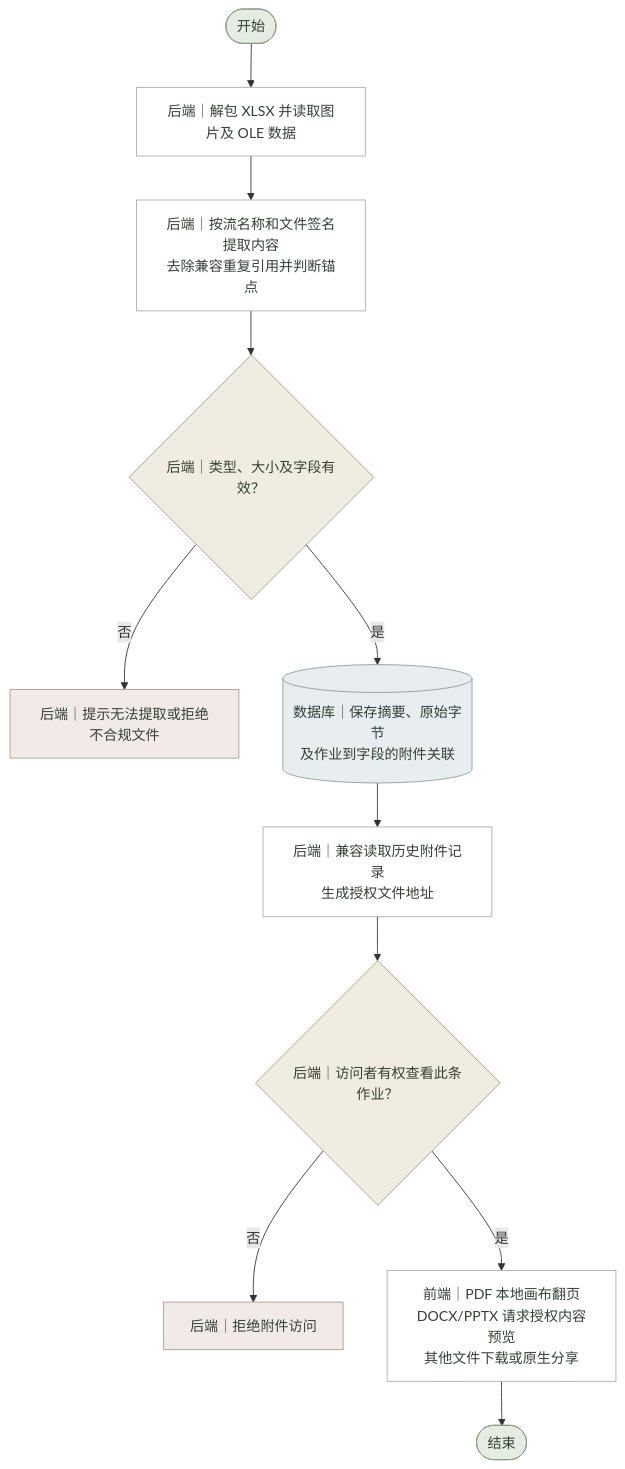
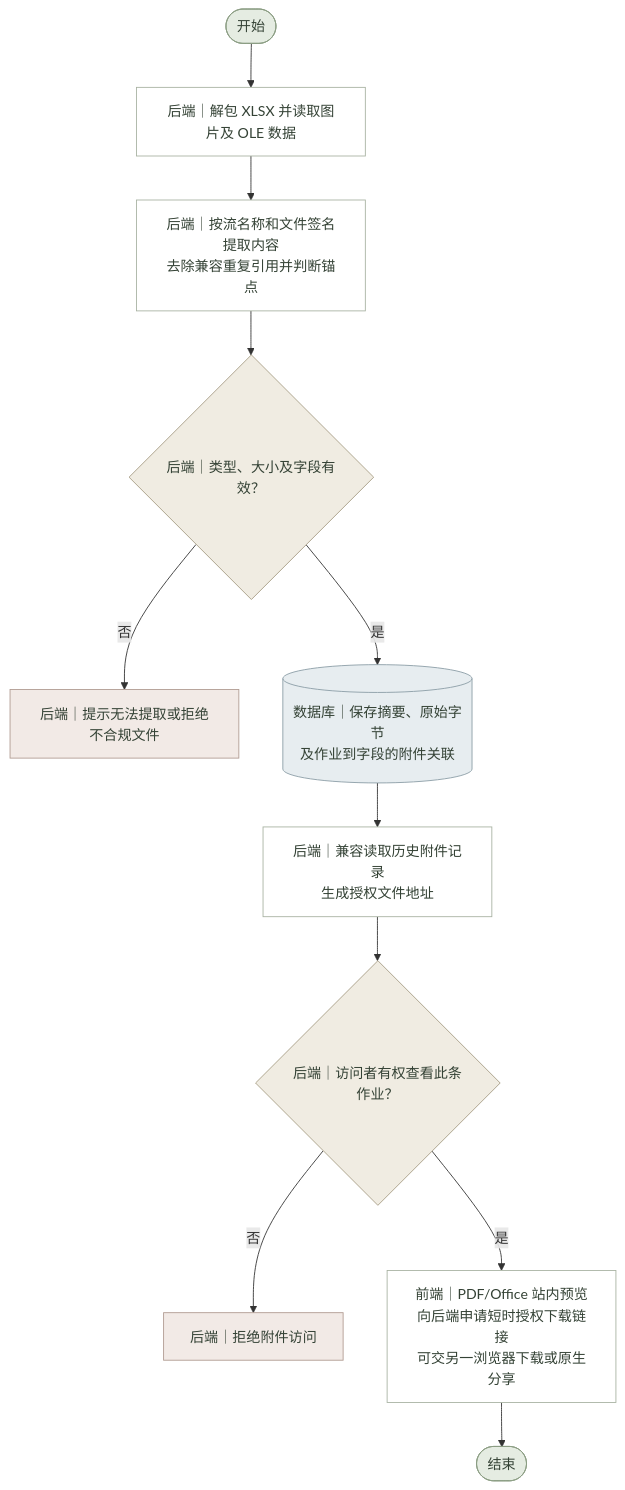
The diagram in 需求文档/作业功能/流程图源文件/系统流程图/作业图片与附件.mmd (lichen-lc123/class-assistant), drawn with Mermaid before and after one commit. The commit also changed 42 other files, not shown here.

```diff
--- a/需求文档/作业功能/流程图源文件/系统流程图/作业图片与附件.mmd
+++ b/需求文档/作业功能/流程图源文件/系统流程图/作业图片与附件.mmd
@@ -1,39 +1,39 @@
 %% 作业图片与附件 · 系统流程图 · 当前版 · 2026-11-09
 flowchart TD
     N0(["开始"])
     N1["后端｜解包 XLSX 并读取图片及 OLE 数据"]
     N2["后端｜按流名称和文件签名提取内容<br/>去除兼容重复引用并判断锚点"]
     N3{"后端｜类型、大小及字段有效？"}
     B3["后端｜提示无法提取或拒绝不合规文件"]
     N4[("数据库｜保存摘要、原始字节<br/>及作业到字段的附件关联")]
     N5["后端｜兼容读取历史附件记录<br/>生成授权文件地址"]
     N6{"后端｜访问者有权查看此条作业？"}
     B6["后端｜拒绝附件访问"]
-    N7["前端｜PDF 本地画布翻页<br/>DOCX/PPTX 请求授权内容预览<br/>其他文件下载或原生分享"]
+    N7["前端｜PDF/Office 站内预览<br/>向后端申请短时授权下载链接<br/>可交另一浏览器下载或原生分享"]
     N8(["结束"])
     N0 --> N1
     N1 --> N2
     N2 --> N3
     N3 -->|否| B3
     N3 -->|是| N4
     N4 --> N5
     N5 --> N6
     N6 -->|否| B6
     N6 -->|是| N7
     N7 --> N8
     classDef normal fill:#FFFFFF,stroke:#A8B2A2,color:#344235;
     classDef decision fill:#F0ECE2,stroke:#A69B83,color:#344235;
     classDef terminal fill:#E5ECE2,stroke:#8A9D82,color:#344235;
     classDef exception fill:#F2EAE6,stroke:#B09B91,color:#344235;
     classDef database fill:#E7EDF0,stroke:#8A9CA6,color:#344235;
     class N0 terminal;
     class N1 normal;
     class N2 normal;
     class N3 decision;
     class B3 exception;
     class N4 database;
     class N5 normal;
     class N6 decision;
     class B6 exception;
     class N7 normal;
     class N8 terminal;
```
